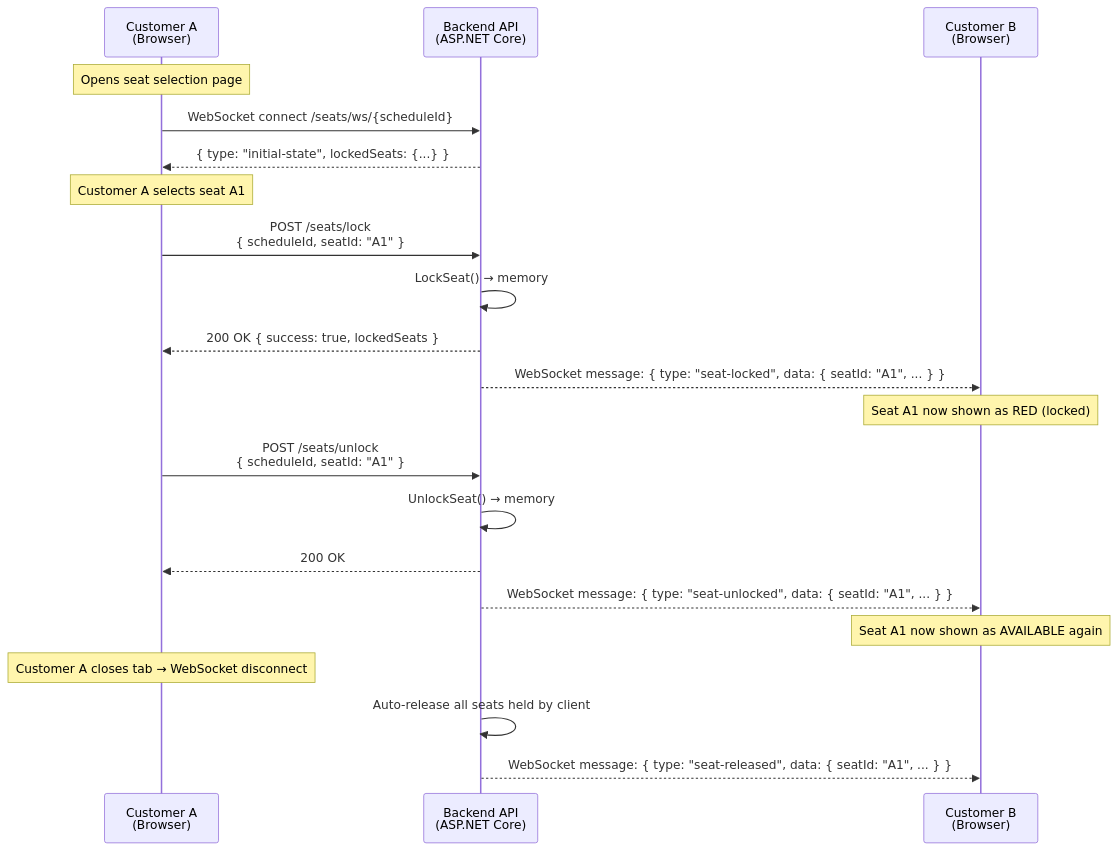
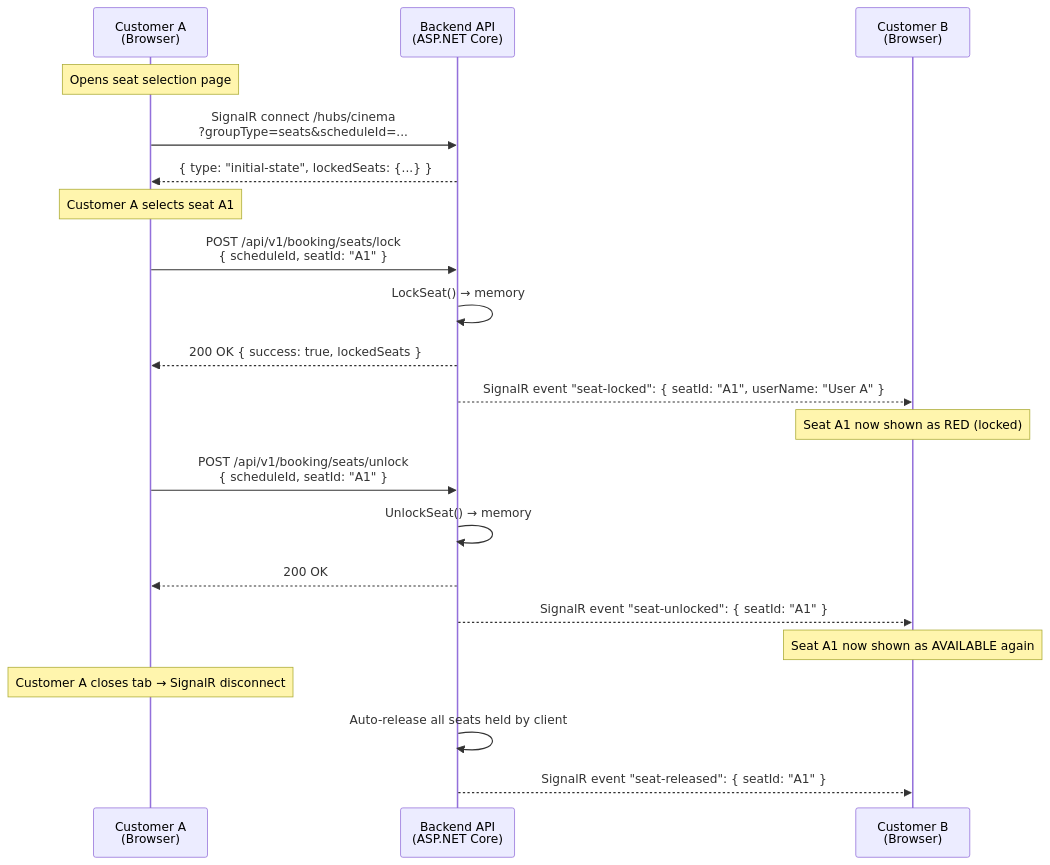
The diagram in docs/algorithms/en/seat-locking.md (duc19092005/galaxiad-cinema-core), drawn with Mermaid before and after one commit. The commit also changed other lines of this file and 21 other files, not shown here.

Commit message:
Renew : Renew the embedding tracking flow and refactor the chatbot UI UX and add intent tool for trending movies incase user ask

````diff
--- a/docs/algorithms/en/seat-locking.md
+++ b/docs/algorithms/en/seat-locking.md
@@ -37,31 +45,31 @@
 ```mermaid
 sequenceDiagram
     participant A as Customer A<br/>(Browser)
     participant Server as Backend API<br/>(ASP.NET Core)
     participant B as Customer B<br/>(Browser)
 
     Note over A: Opens seat selection page
 
-    A->>Server: WebSocket connect /seats/ws/{scheduleId}
+    A->>Server: SignalR connect /hubs/cinema<br/>?groupType=seats&scheduleId=...
     Server-->>A: { type: "initial-state", lockedSeats: {...} }
     
     Note over A: Customer A selects seat A1
 
-    A->>Server: POST /seats/lock<br/>{ scheduleId, seatId: "A1" }
+    A->>Server: POST /api/v1/booking/seats/lock<br/>{ scheduleId, seatId: "A1" }
     Server->>Server: LockSeat() → memory
     Server-->>A: 200 OK { success: true, lockedSeats }
-    Server-->>B: WebSocket message: { type: "seat-locked", data: { seatId: "A1", ... } }
+    Server-->>B: SignalR event "seat-locked": { seatId: "A1", userName: "User A" }
     
     Note over B: Seat A1 now shown as RED (locked)
 
-    A->>Server: POST /seats/unlock<br/>{ scheduleId, seatId: "A1" }
+    A->>Server: POST /api/v1/booking/seats/unlock<br/>{ scheduleId, seatId: "A1" }
     Server->>Server: UnlockSeat() → memory
     Server-->>A: 200 OK
-    Server-->>B: WebSocket message: { type: "seat-unlocked", data: { seatId: "A1", ... } }
+    Server-->>B: SignalR event "seat-unlocked": { seatId: "A1" }
     
     Note over B: Seat A1 now shown as AVAILABLE again
     
-    Note over A: Customer A closes tab → WebSocket disconnect
+    Note over A: Customer A closes tab → SignalR disconnect
     Server->>Server: Auto-release all seats held by client
-    Server-->>B: WebSocket message: { type: "seat-released", data: { seatId: "A1", ... } }
+    Server-->>B: SignalR event "seat-released": { seatId: "A1" }
 ```
````
